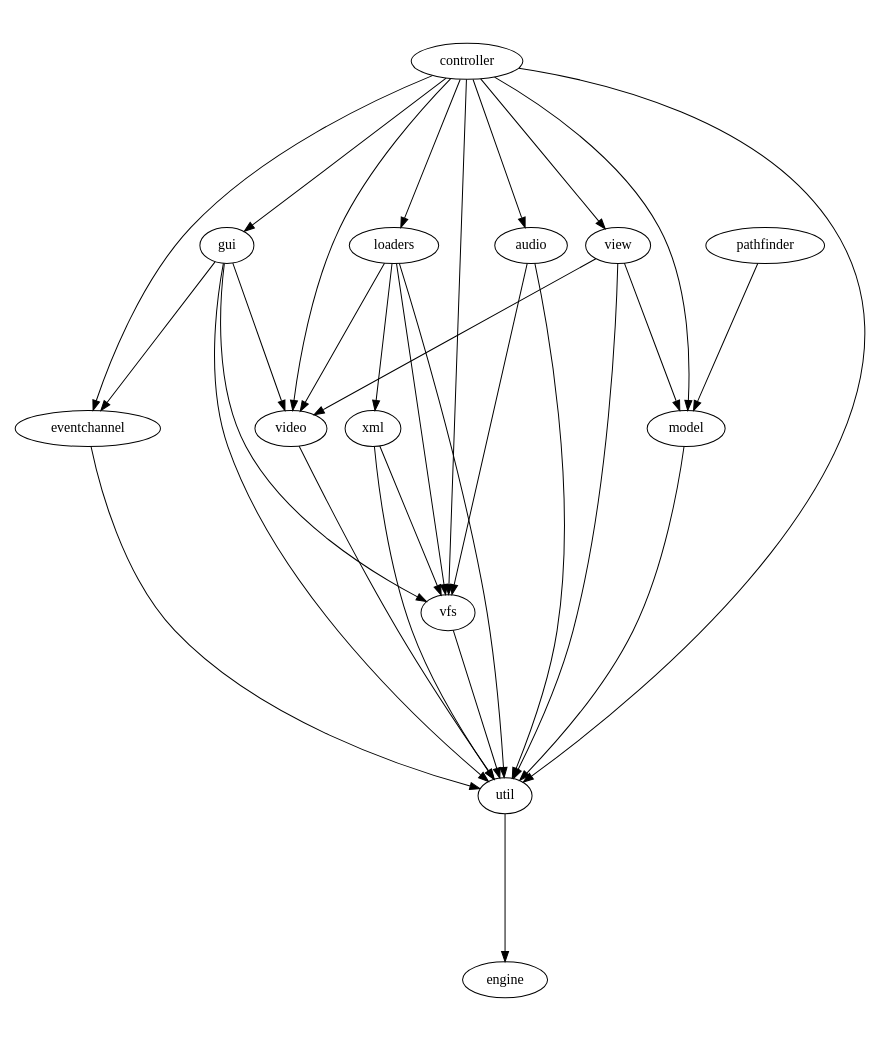
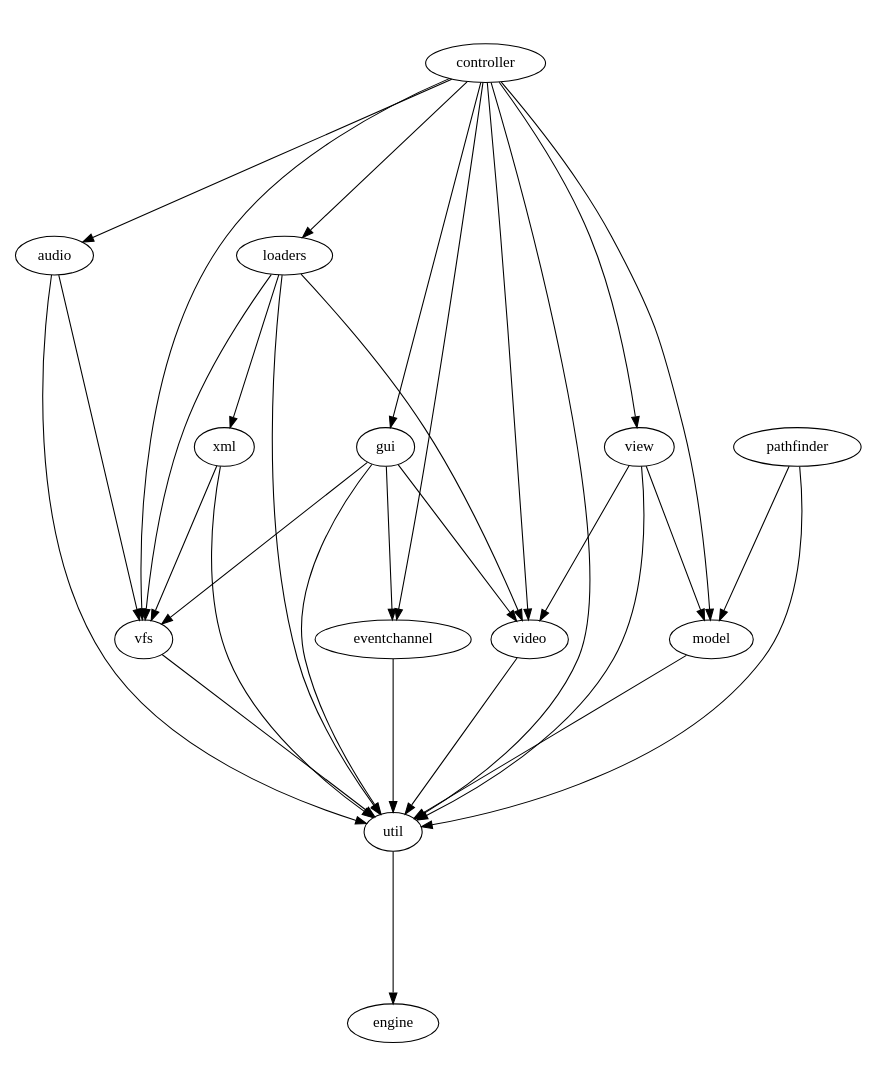
Before and after one commit to fifengine/fifengine: the diagram in doc/dependencies/moduledeps.dot, drawn with Graphviz. The commit also changed 39 other files, not shown here.

```diff
--- a/doc/dependencies/moduledeps.dot
+++ b/doc/dependencies/moduledeps.dot
@@ -1,38 +1,39 @@
 digraph "source tree" {
     overlap=scale;
     size="8,10";
     ratio="fill";
     fontsize="16";
     fontname="Helvetica";
     clusterrank="local";
     "audio" -> "util"
     "audio" -> "vfs"
     "controller" -> "audio"
     "controller" -> "eventchannel"
     "controller" -> "gui"
     "controller" -> "loaders"
     "controller" -> "model"
     "controller" -> "util"
     "controller" -> "vfs"
     "controller" -> "video"
     "controller" -> "view"
     "eventchannel" -> "util"
     "gui" -> "eventchannel"
     "gui" -> "util"
     "gui" -> "vfs"
     "gui" -> "video"
     "loaders" -> "util"
     "loaders" -> "vfs"
     "loaders" -> "video"
     "loaders" -> "xml"
     "model" -> "util"
     "pathfinder" -> "model"
+    "pathfinder" -> "util"
     "util" -> "engine"
     "vfs" -> "util"
     "video" -> "util"
     "view" -> "model"
     "view" -> "util"
     "view" -> "video"
     "xml" -> "util"
     "xml" -> "vfs"
 }
```
